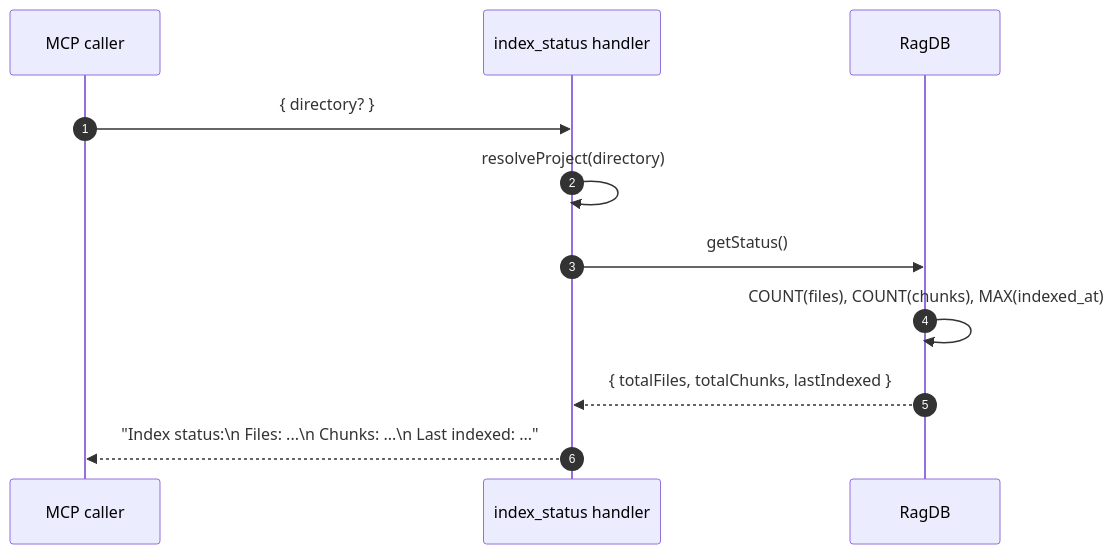
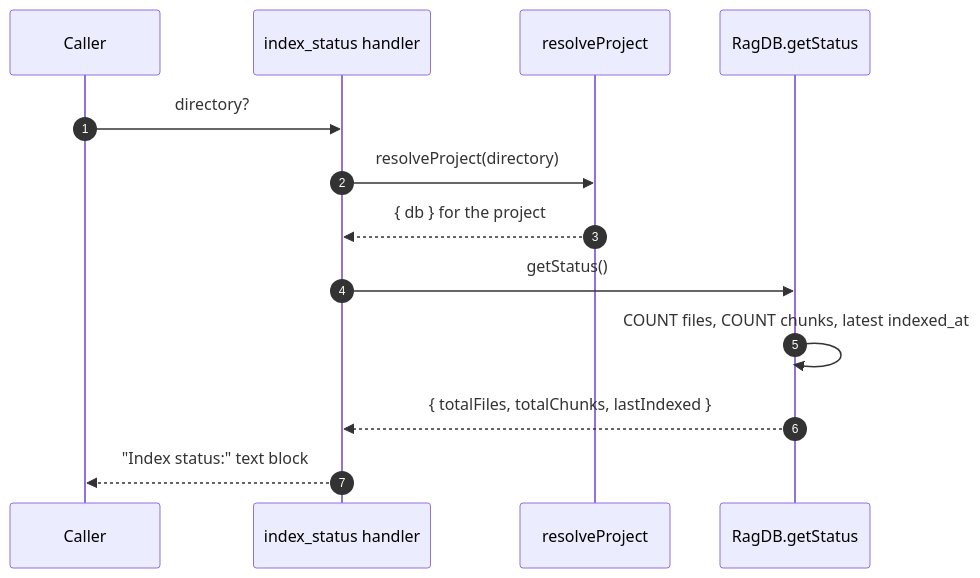
Before and after one commit to TheWinci/mimirs: the diagram in wiki/tools/index-status.md, drawn with Mermaid. The commit also changed other lines of this file and 52 other files, not shown here.

````diff
--- a/wiki/tools/index-status.md
+++ b/wiki/tools/index-status.md
@@ -14,13 +9,16 @@
 ```mermaid
 sequenceDiagram
     autonumber
-    participant Caller as MCP caller
+    participant Caller
     participant Handler as index_status handler
-    participant DB as RagDB
-    Caller->>Handler: { directory? }
-    Handler->>Handler: resolveProject(directory)
+    participant Project as resolveProject
+    participant DB as RagDB.getStatus
+
+    Caller->>Handler: directory?
+    Handler->>Project: resolveProject(directory)
+    Project-->>Handler: { db } for the project
     Handler->>DB: getStatus()
-    DB->>DB: COUNT(files), COUNT(chunks), MAX(indexed_at)
+    DB->>DB: COUNT files, COUNT chunks, latest indexed_at
     DB-->>Handler: { totalFiles, totalChunks, lastIndexed }
-    Handler-->>Caller: "Index status:\n  Files: ...\n  Chunks: ...\n  Last indexed: ..."
+    Handler-->>Caller: "Index status:" text block
 ```
````
